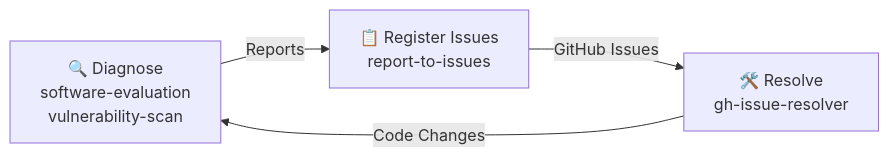
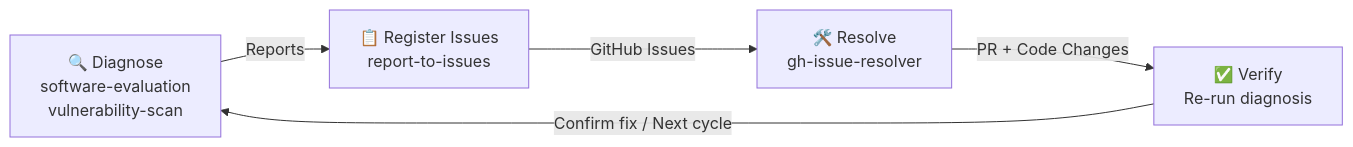
The diagram in README.md (ymd38/dev-skills), drawn with Mermaid before and after one commit. The commit also changed other lines of this file and 3 other files, not shown here.

````diff
--- a/README.md
+++ b/README.md
@@ -13,10 +13,12 @@
 ```mermaid
 graph LR
     Diagnose["🔍 Diagnose<br/>software-evaluation<br/>vulnerability-scan"]
     Register["📋 Register Issues<br/>report-to-issues"]
     Resolve["🛠️ Resolve<br/>gh-issue-resolver"]
+    Verify["✅ Verify<br/>Re-run diagnosis"]
 
     Diagnose -- "Reports" --> Register
     Register -- "GitHub Issues" --> Resolve
-    Resolve -- "Code Changes" --> Diagnose
+    Resolve -- "PR + Code Changes" --> Verify
+    Verify -- "Confirm fix / Next cycle" --> Diagnose
 ```
````
